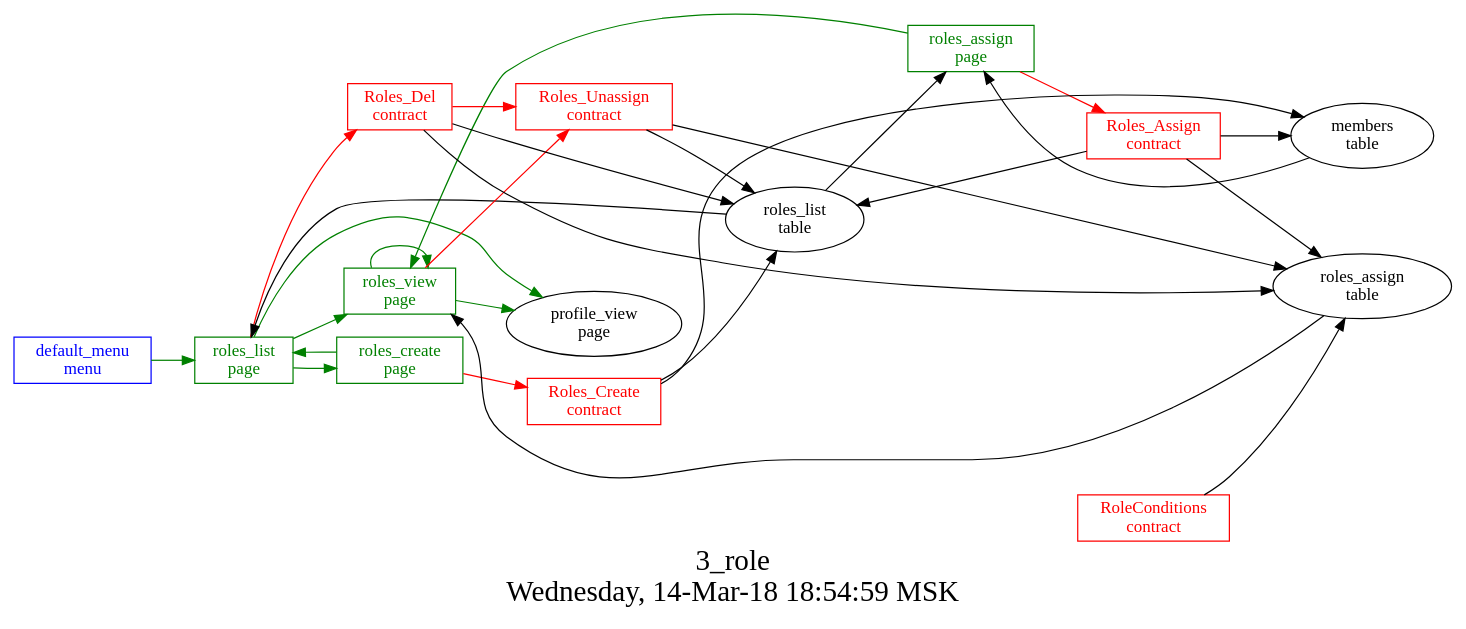
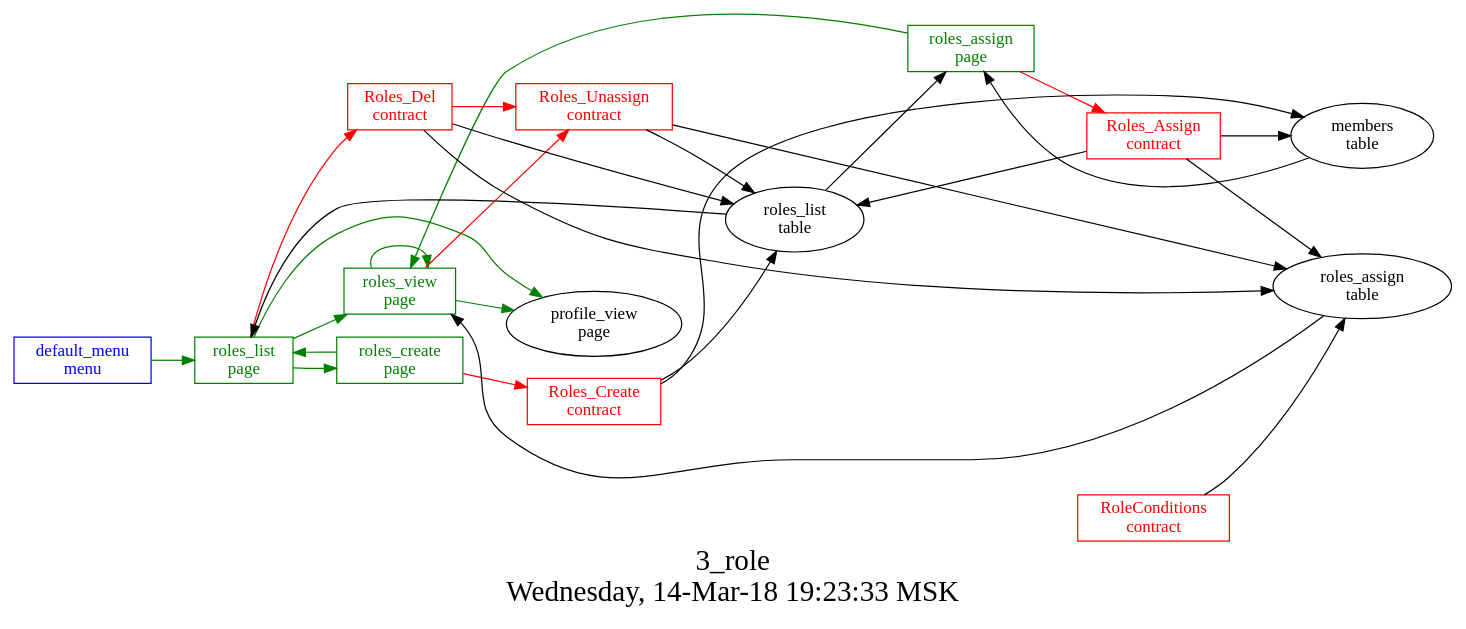
One commit to AplaProject/apps changed the diagram in src/basic/common/3_roles/struct.dot. Above: the diagram before and after it, drawn with Graphviz. The commit also changed 11 other files, not shown here.

```diff
--- a/src/basic/common/3_roles/struct.dot
+++ b/src/basic/common/3_roles/struct.dot
@@ -1,47 +1,47 @@
 digraph G {
 graph [
   fontsize="24";
-  label="3_role\nWednesday, 14-Mar-18 18:54:59 MSK";
+  label="3_role\nWednesday, 14-Mar-18 19:23:33 MSK";
   nojustify=true;
   ordering=out;
   rankdir=LR;
   size="30";
 ];
 "default_menu\nmenu" -> "roles_list\npage"  [ color=green ]
 "default_menu\nmenu" [color=blue, fontcolor=blue, group=menus, shape=record];
 "roles_assign\npage" -> "Roles_Assign\ncontract"  [ color=red ]
 "roles_list\ntable" -> "roles_assign\npage"  [ color="" ]
 "members\ntable" -> "roles_assign\npage"  [ color="" ]
 "roles_assign\npage" -> "roles_view\npage"  [ color=green ]
 "roles_assign\npage" [color=green, fontcolor=green, group=pages, shape=record];
 "roles_create\npage" -> "Roles_Create\ncontract"  [ color=red ]
 "roles_create\npage" -> "roles_list\npage"  [ color=green ]
 "roles_create\npage" [color=green, fontcolor=green, group=pages, shape=record];
 "roles_list\npage" -> "Roles_Del\ncontract"  [ color=red ]
 "roles_list\ntable" -> "roles_list\npage"  [ color="" ]
 "roles_list\npage" -> "profile_view\npage"  [ color=green ]
 "roles_list\npage" -> "roles_view\npage"  [ color=green ]
 "roles_list\npage" -> "roles_create\npage"  [ color=green ]
 "roles_list\npage" [color=green, fontcolor=green, group=pages, shape=record];
 "roles_view\npage" -> "Roles_Unassign\ncontract"  [ color=red ]
 "roles_assign\ntable" -> "roles_view\npage"  [ color="" ]
 "roles_view\npage" -> "profile_view\npage"  [ color=green ]
 "roles_view\npage" -> "roles_view\npage"  [ color=green ]
 "roles_view\npage" [color=green, fontcolor=green, group=pages, shape=record];
 "RoleConditions\ncontract" -> "roles_assign\ntable"  [ color="" ]
 "RoleConditions\ncontract" [color=red, fontcolor=red, group=contracts, shape=record];
 "Roles_Assign\ncontract" -> "roles_list\ntable"  [ color="" ]
 "Roles_Assign\ncontract" -> "members\ntable"  [ color="" ]
 "Roles_Assign\ncontract" -> "roles_assign\ntable"  [ color="" ]
 "Roles_Assign\ncontract" [color=red, fontcolor=red, group=contracts, shape=record];
 "Roles_Create\ncontract" -> "members\ntable"  [ color="" ]
 "Roles_Create\ncontract" -> "roles_list\ntable"  [ color="" ]
 "Roles_Create\ncontract" [color=red, fontcolor=red, group=contracts, shape=record];
 "Roles_Del\ncontract" -> "Roles_Unassign\ncontract"  [ color=red ]
 "Roles_Del\ncontract" -> "roles_list\ntable"  [ color="" ]
 "Roles_Del\ncontract" -> "roles_assign\ntable"  [ color="" ]
 "Roles_Del\ncontract" [color=red, fontcolor=red, group=contracts, shape=record];
 "Roles_Unassign\ncontract" -> "roles_assign\ntable"  [ color="" ]
 "Roles_Unassign\ncontract" -> "roles_list\ntable"  [ color="" ]
 "Roles_Unassign\ncontract" [color=red, fontcolor=red, group=contracts, shape=record];
 }
```
